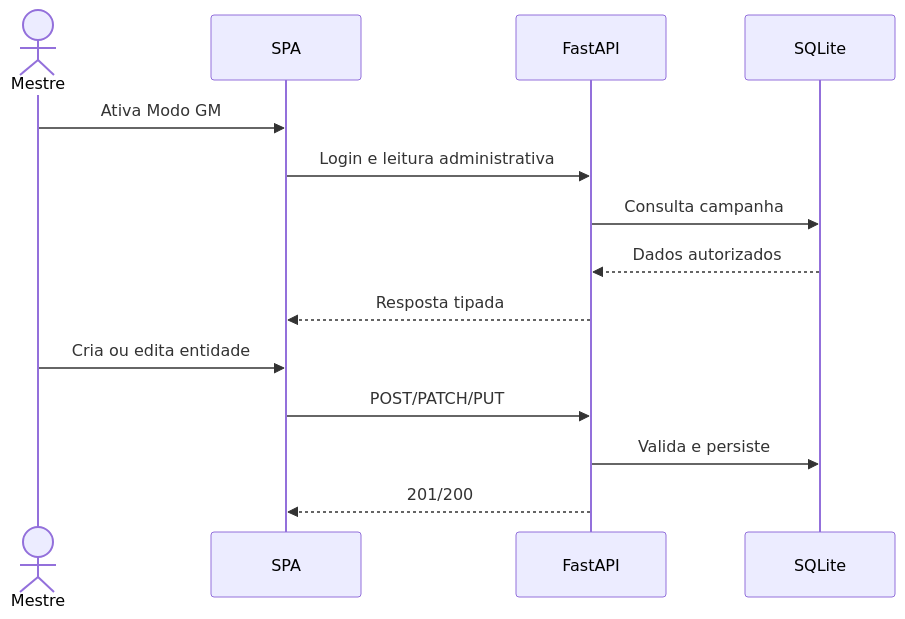
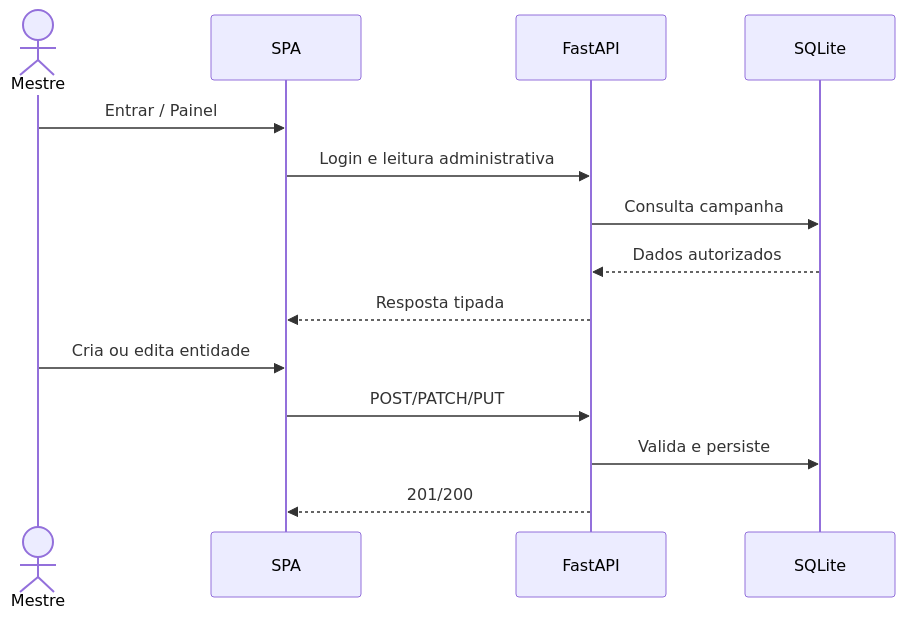
Before and after one commit to ricardopiloto/interactive-map: the fifth of 6 diagrams in README.md, drawn with Mermaid. The commit also changed other lines of this file and 28 other files, not shown here.

````diff
--- a/README.md
+++ b/README.md
@@ -142,16 +209,16 @@
 ```mermaid
 sequenceDiagram
   actor GM as Mestre
   participant UI as SPA
   participant API as FastAPI
   participant DB as SQLite
-  GM->>UI: Ativa Modo GM
+  GM->>UI: Entrar / Painel
   UI->>API: Login e leitura administrativa
   API->>DB: Consulta campanha
   DB-->>API: Dados autorizados
   API-->>UI: Resposta tipada
   GM->>UI: Cria ou edita entidade
   UI->>API: POST/PATCH/PUT
   API->>DB: Valida e persiste
   API-->>UI: 201/200
 ```
````
